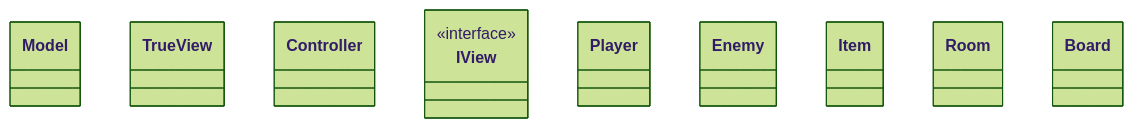
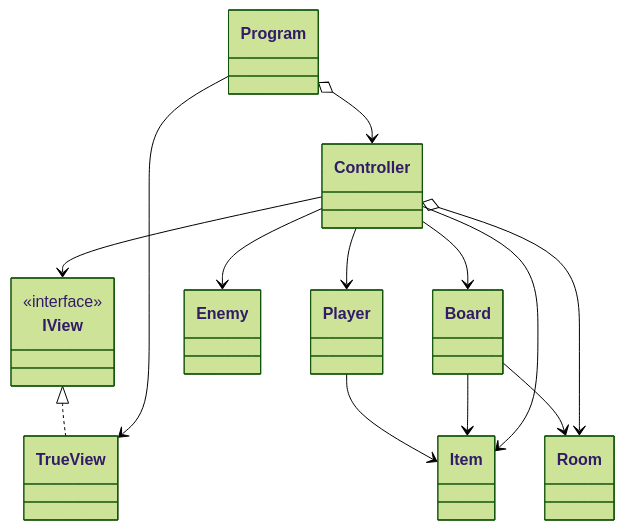
One commit to BrunoSilvaAlegria/LP1-Project-2 changed the diagram in README.md. Above: the diagram before and after it, drawn with Mermaid (forest theme). The commit also changed other lines of this file, not shown here.

Commit message:
Update UML, add dungeon map and create libraries sections

````diff
--- a/README.md
+++ b/README.md
@@ -27,30 +31,44 @@
 ``` mermaid
 classDiagram
-    class Model {
+    class Program {
 
     }
     class TrueView {
 
     }
     class Controller {
         
     }
     class IView {
         <<interface>>
     }
     class Player {
 
     }
     class Enemy {
 
     }
     class Item {
 
     }
     class Room {
 
     }
     class Board {
 
     }
+
+    IView <|.. TrueView
+    Program --> TrueView
+    Program o--> Controller
+    Player --> Item
+    Board --> Room
+    Board --> Item
+    Controller --> IView
+    Controller --> Player
+    Controller --> Board
+    Controller --> Enemy
+    Controller --> Item
+    Controller o--> Room    
+    
 ```
````
